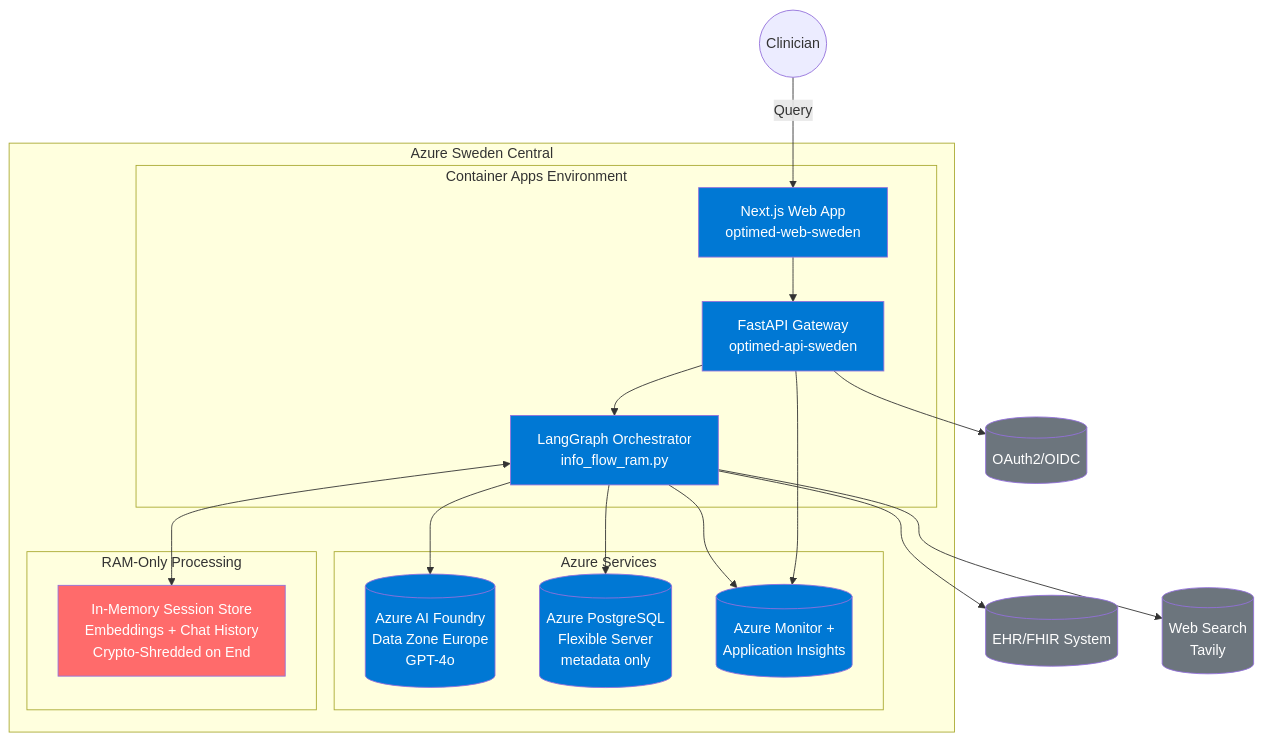
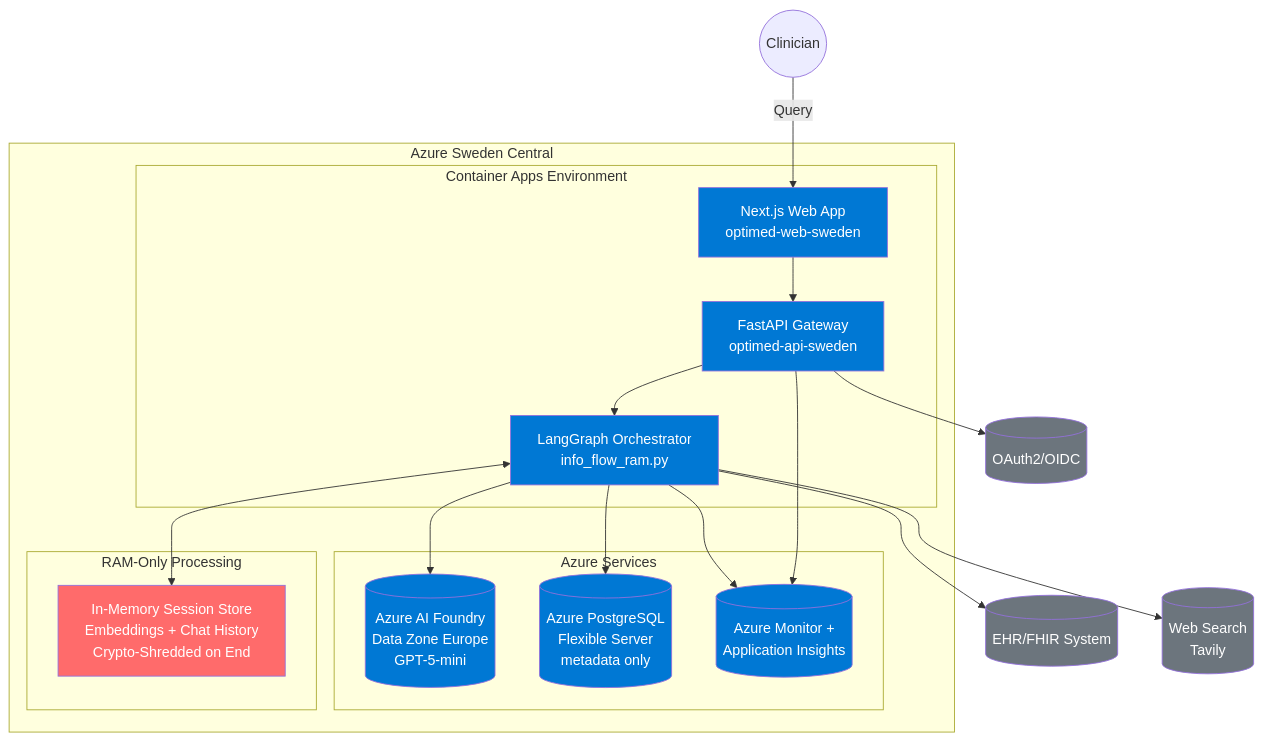
One commit to Smyan1909/OptiMed changed the first of 2 diagrams in docs/architecture/system_architecture.md. Above: the diagram before and after it, drawn with Mermaid. The commit also changed 12 other files, not shown here.

````diff
--- a/docs/architecture/system_architecture.md
+++ b/docs/architecture/system_architecture.md
@@ -15,45 +15,45 @@
 ```mermaid
 flowchart TB
   clinician((Clinician))
   ehr[(EHR/FHIR System)]
   auth[(OAuth2/OIDC)]
   ws[(Web Search<br/>Tavily)]
 
   subgraph Azure Sweden Central
     subgraph Container Apps Environment
       web[Next.js Web App<br/>optimed-web-sweden]
       api[FastAPI Gateway<br/>optimed-api-sweden]
       orch[LangGraph Orchestrator<br/>info_flow_ram.py]
     end
 
     subgraph Azure Services
-      llm[(Azure AI Foundry<br/>Data Zone Europe<br/>GPT-4o)]
+      llm[(Azure AI Foundry<br/>Data Zone Europe<br/>GPT-5-mini)]
       db[(Azure PostgreSQL<br/>Flexible Server<br/>metadata only)]
       mon[(Azure Monitor +<br/>Application Insights)]
     end
 
     subgraph RAM-Only Processing
       ram[In-Memory Session Store<br/>Embeddings + Chat History<br/>Crypto-Shredded on End]
     end
   end
 
   clinician -->|Query| web
   web --> api
   api --> auth
   api --> orch
   orch --> ehr
   orch --> db
   orch --> llm
   orch --> ws
   orch <--> ram
   api --> mon
   orch --> mon
 
   classDef azure fill:#0078D4,color:#fff
   classDef memory fill:#FF6B6B,color:#fff
   classDef external fill:#6C757D,color:#fff
 
   class web,api,orch,llm,db,mon azure
   class ram memory
   class ehr,auth,ws external
 ```
````
